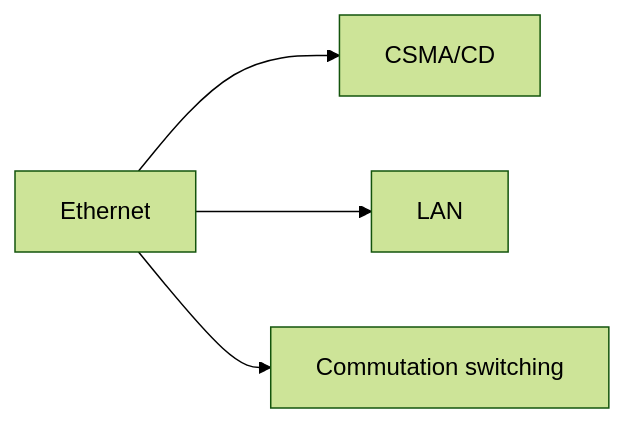
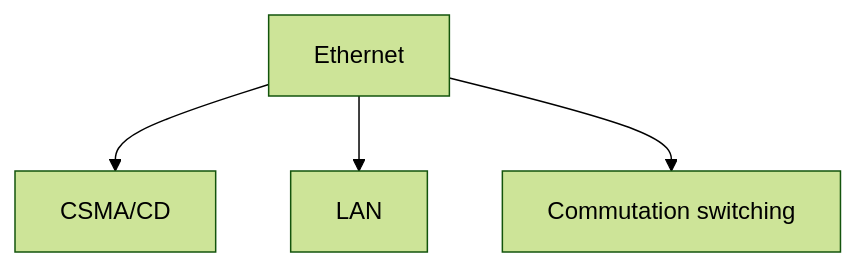
Before and after one commit to zyrass/omnydocs: the tenth of 38 diagrams in docs/glossaire/administration-reseau.md, drawn with Mermaid (forest theme). The commit also changed other lines of this file and 1780 other files, not shown here.

````diff
--- a/docs/glossaire/administration-reseau.md
+++ b/docs/glossaire/administration-reseau.md
@@ -215,6 +259,6 @@
-    ```mermaid
-    graph LR
-        A[Ethernet] --> B[CSMA/CD]
-        A --> C[LAN]
-        A --> D[Commutation switching]
-    ```
+```mermaid
+graph TB
+    A[Ethernet] --> B[CSMA/CD]
+    A --> C[LAN]
+    A --> D[Commutation switching]
+```
````
